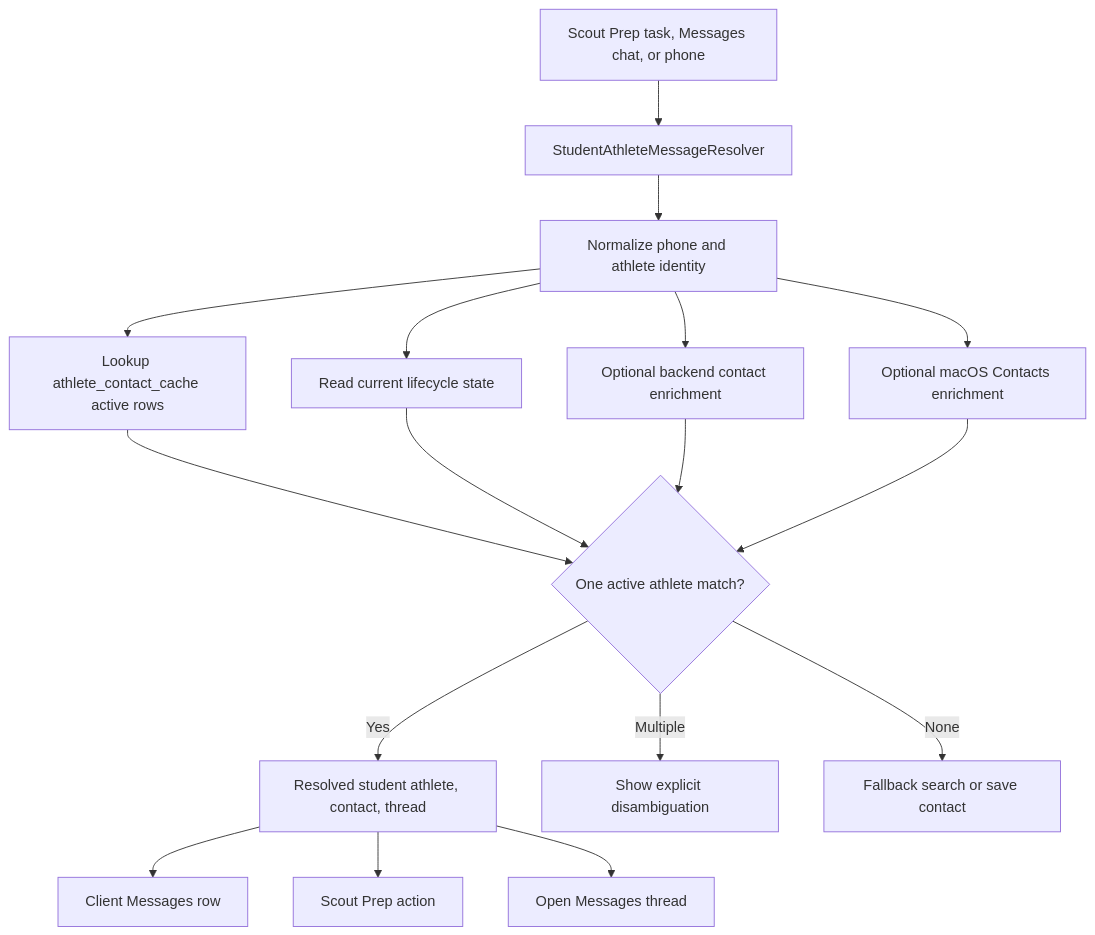
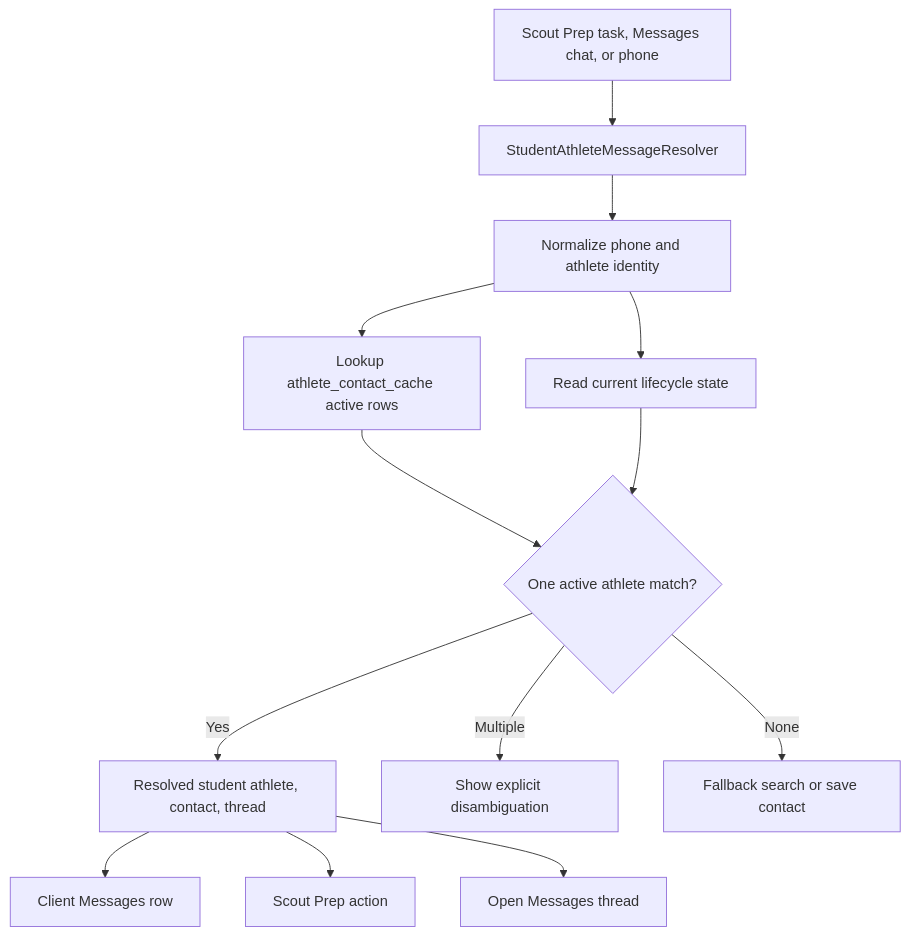
One commit to 23Maestro/prospect-pipeline changed the fourth of 4 diagrams in docs/architecture/scout-prep-client-message-lifecycle-flowcharts.md. Above: the diagram before and after it, drawn with Mermaid. The commit also changed other lines of this file and 9 other files, not shown here.

````diff
--- a/docs/architecture/scout-prep-client-message-lifecycle-flowcharts.md
+++ b/docs/architecture/scout-prep-client-message-lifecycle-flowcharts.md
@@ -80,19 +80,15 @@
 ```mermaid
 flowchart TD
   A["Scout Prep task, Messages chat, or phone"] --> B["StudentAthleteMessageResolver"]
   B --> C["Normalize phone and athlete identity"]
   C --> D["Lookup athlete_contact_cache active rows"]
   C --> E["Read current lifecycle state"]
-  C --> F["Optional backend contact enrichment"]
-  C --> G["Optional macOS Contacts enrichment"]
   D --> H{"One active athlete match?"}
   E --> H
-  F --> H
-  G --> H
   H -- "Yes" --> I["Resolved student athlete, contact, thread"]
   H -- "Multiple" --> J["Show explicit disambiguation"]
   H -- "None" --> K["Fallback search or save contact"]
   I --> L["Client Messages row"]
   I --> M["Scout Prep action"]
   I --> N["Open Messages thread"]
 ```
````
